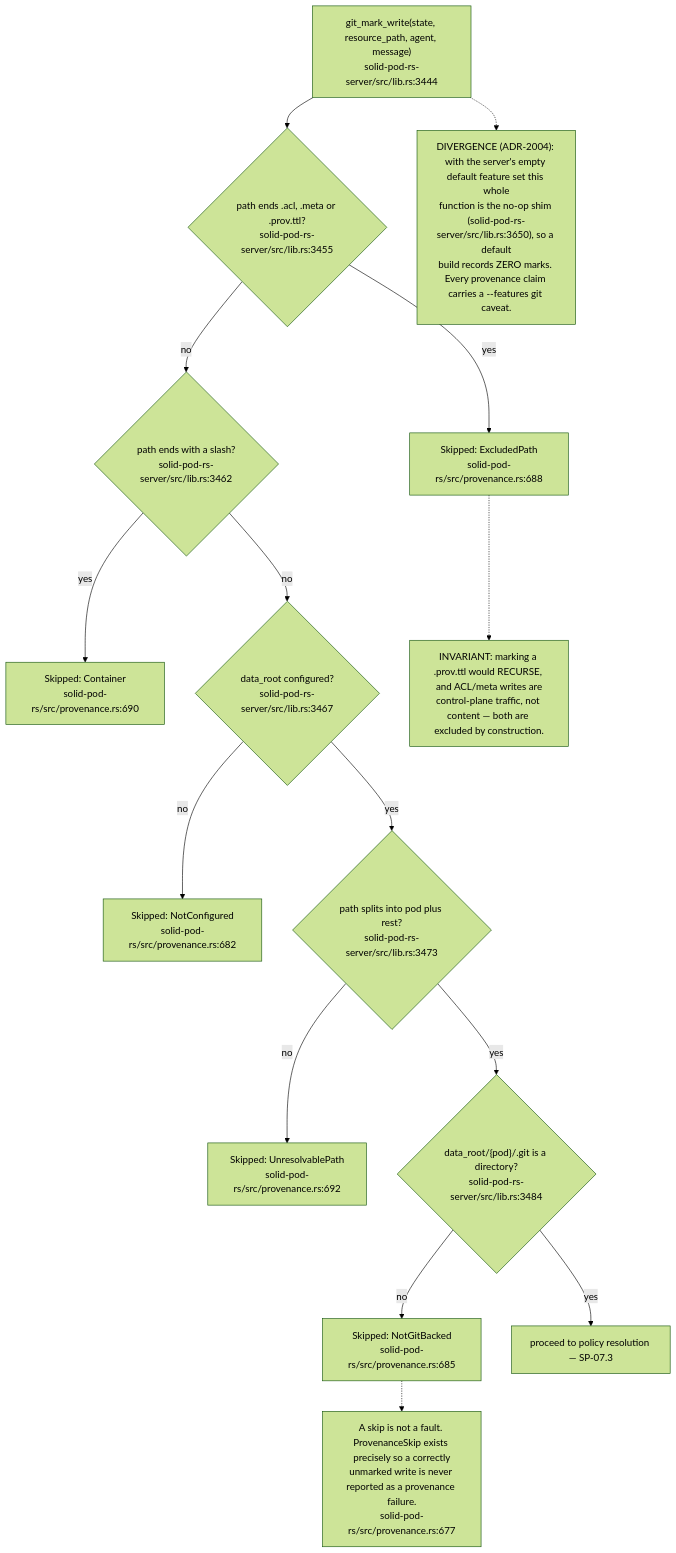
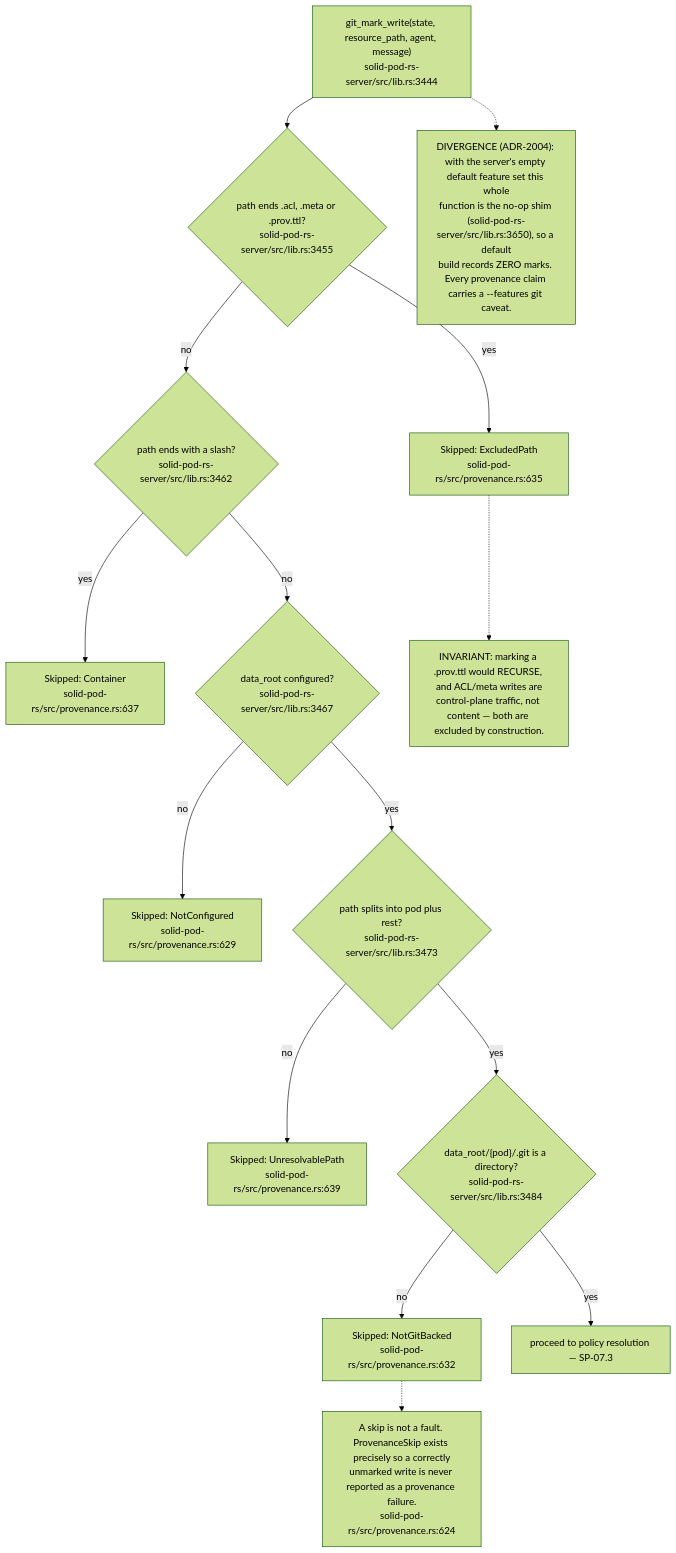
Before and after one commit to DreamLab-AI/VisionFlow: the second of 19 diagrams in docs/diagrams/solid-pod-rs/07-provenance-and-payments.md, drawn with Mermaid (forest theme). The commit also changed other lines of this file and 26 other files, not shown here.

First line of the commit message:
docs(diagrams): re-verify solid-pod-rs, nostr-rust-forum and visionclaw 22/36 against HEAD

````diff
--- a/docs/diagrams/solid-pod-rs/07-provenance-and-payments.md
+++ b/docs/diagrams/solid-pod-rs/07-provenance-and-payments.md
@@ -48,34 +49,34 @@
 ```mermaid
 flowchart TD
     IN["git_mark_write(state, resource_path, agent, message)<br/>solid-pod-rs-server/src/lib.rs:3444"]
     SIDE{"path ends .acl, .meta or .prov.ttl?<br/>solid-pod-rs-server/src/lib.rs:3455"}
-    S1["Skipped: ExcludedPath<br/>solid-pod-rs/src/provenance.rs:688"]
+    S1["Skipped: ExcludedPath<br/>solid-pod-rs/src/provenance.rs:635"]
     CONT{"path ends with a slash?<br/>solid-pod-rs-server/src/lib.rs:3462"}
-    S2["Skipped: Container<br/>solid-pod-rs/src/provenance.rs:690"]
+    S2["Skipped: Container<br/>solid-pod-rs/src/provenance.rs:637"]
     ROOT{"data_root configured?<br/>solid-pod-rs-server/src/lib.rs:3467"}
-    S3["Skipped: NotConfigured<br/>solid-pod-rs/src/provenance.rs:682"]
+    S3["Skipped: NotConfigured<br/>solid-pod-rs/src/provenance.rs:629"]
     SPLIT{"path splits into pod plus rest?<br/>solid-pod-rs-server/src/lib.rs:3473"}
-    S4["Skipped: UnresolvablePath<br/>solid-pod-rs/src/provenance.rs:692"]
+    S4["Skipped: UnresolvablePath<br/>solid-pod-rs/src/provenance.rs:639"]
     GITD{"data_root/{pod}/.git is a directory?<br/>solid-pod-rs-server/src/lib.rs:3484"}
-    S5["Skipped: NotGitBacked<br/>solid-pod-rs/src/provenance.rs:685"]
+    S5["Skipped: NotGitBacked<br/>solid-pod-rs/src/provenance.rs:632"]
     GO["proceed to policy resolution — SP-07.3"]
 
     IN --> SIDE
     SIDE -- yes --> S1
     SIDE -- no --> CONT
     CONT -- yes --> S2
     CONT -- no --> ROOT
     ROOT -- no --> S3
     ROOT -- yes --> SPLIT
     SPLIT -- no --> S4
     SPLIT -- yes --> GITD
     GITD -- no --> S5
     GITD -- yes --> GO
 
     N["INVARIANT: marking a .prov.ttl would RECURSE, and ACL/meta writes are<br/>control-plane traffic, not content — both are excluded by construction."]
     S1 -.-> N
-    N2["A skip is not a fault. ProvenanceSkip exists precisely so a correctly<br/>unmarked write is never reported as a provenance failure.<br/>solid-pod-rs/src/provenance.rs:677"]
+    N2["A skip is not a fault. ProvenanceSkip exists precisely so a correctly<br/>unmarked write is never reported as a provenance failure.<br/>solid-pod-rs/src/provenance.rs:624"]
     S5 -.-> N2
     N3["DIVERGENCE (ADR-2004): with the server's empty default feature set this whole<br/>function is the no-op shim (solid-pod-rs-server/src/lib.rs:3650), so a default<br/>build records ZERO marks. Every provenance claim carries a --features git caveat."]
     IN -.-> N3
 ```
````
